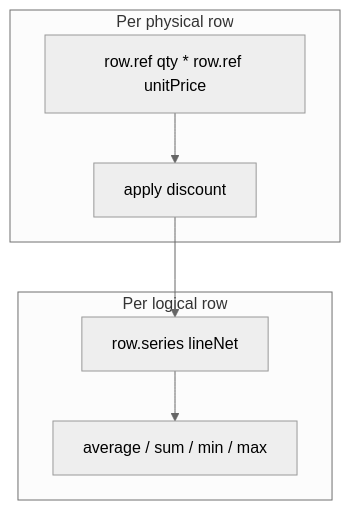
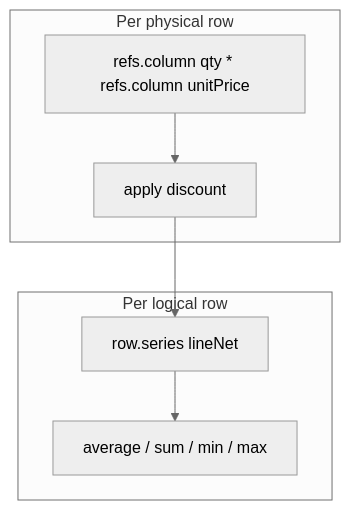
The fifth of 8 diagrams in apps/docs/content/05.formulas/2.row-model.md (ChronicStone/typed-xlsx), drawn with Mermaid (neutral theme) before and after one commit. The commit also changed other lines of this file and 12 other files, not shown here.

First line of the commit message:
docs(docs): polish all 34 pages — add mermaid diagrams, fix outdated API refs, convert to twoslash

````diff
--- a/apps/docs/content/05.formulas/2.row-model.md
+++ b/apps/docs/content/05.formulas/2.row-model.md
@@ -202,16 +202,16 @@
 ```mermaid
 flowchart TB
   subgraph PhysicalMath[Per physical row]
-    P1["row.ref qty * row.ref unitPrice"]
+    P1["refs.column qty * refs.column unitPrice"]
     P2["apply discount"]
   end
 
   subgraph LogicalMath[Per logical row]
     L1["row.series lineNet"]
     L2["average / sum / min / max"]
   end
 
   P1 --> P2
   P2 --> L1
   L1 --> L2
 ```
````
